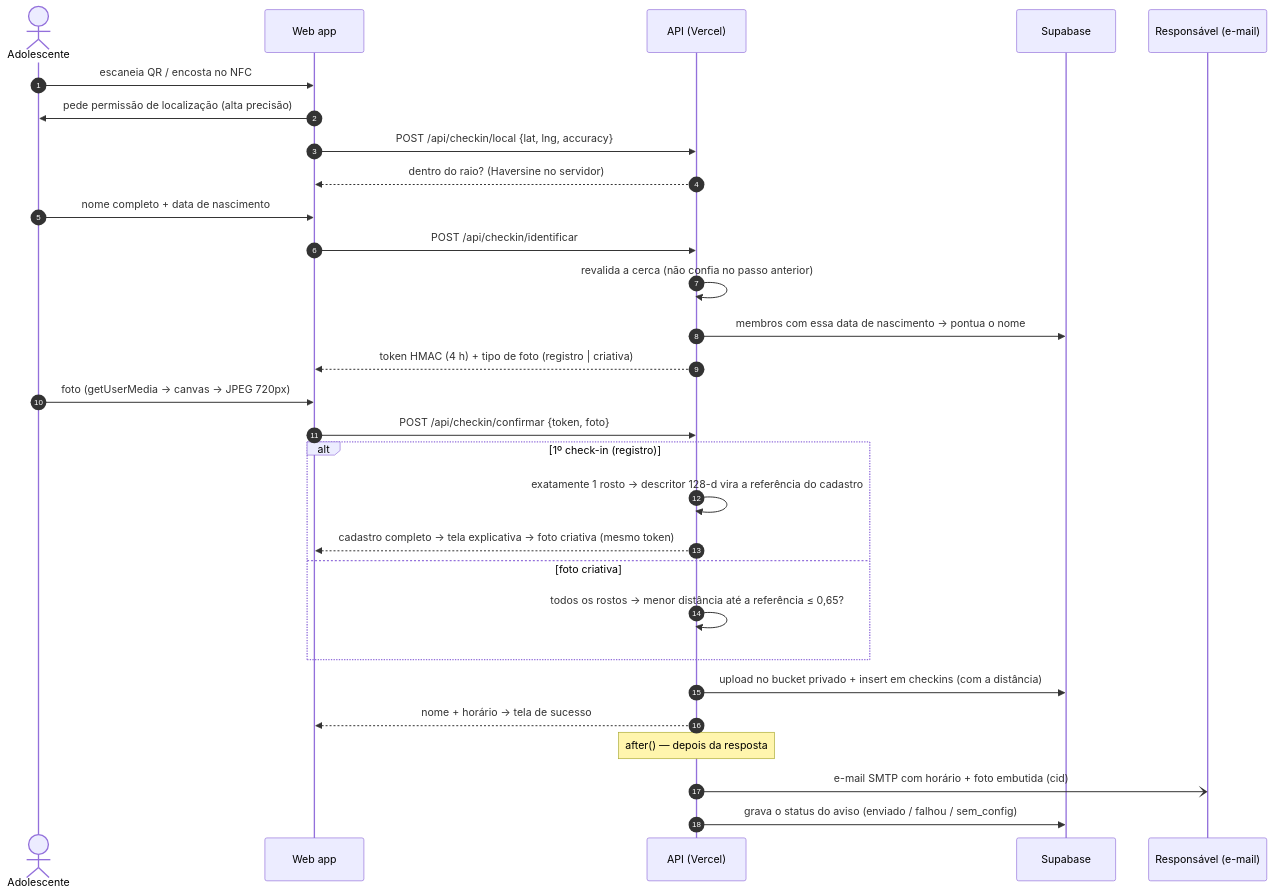
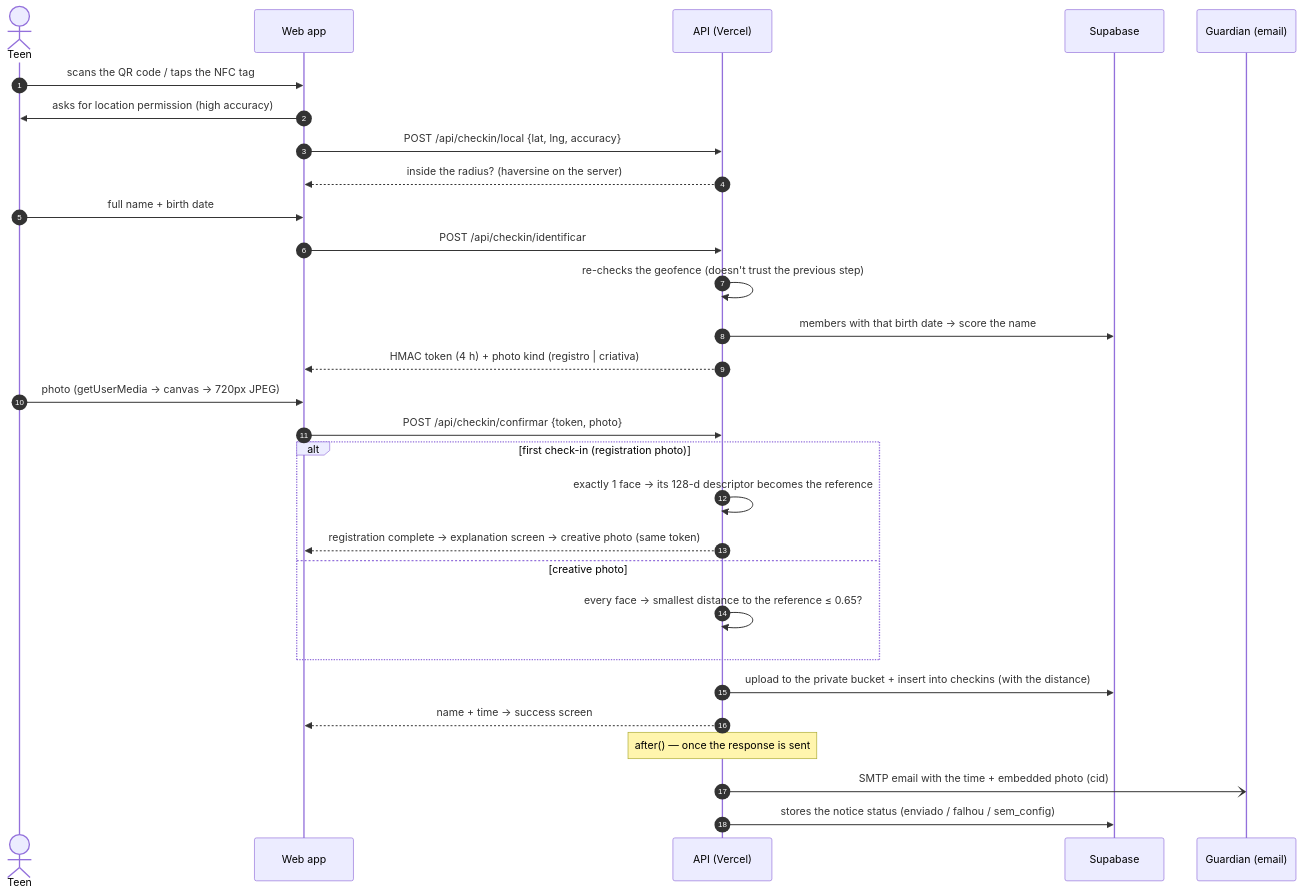
Before and after one commit to pedroeduardo36/flag-checkin: the second of 2 diagrams in README.md, drawn with Mermaid. The commit also changed other lines of this file and 93 other files, not shown here.

````diff
--- a/README.md
+++ b/README.md
@@ -134,32 +139,32 @@
 ```mermaid
 sequenceDiagram
   autonumber
-  actor A as Adolescente
+  actor T as Teen
   participant W as Web app
   participant S as API (Vercel)
   participant D as Supabase
-  participant R as Responsável (e-mail)
+  participant G as Guardian (email)
 
-  A->>W: escaneia QR / encosta no NFC
-  W->>A: pede permissão de localização (alta precisão)
+  T->>W: scans the QR code / taps the NFC tag
+  W->>T: asks for location permission (high accuracy)
   W->>S: POST /api/checkin/local {lat, lng, accuracy}
-  S-->>W: dentro do raio? (Haversine no servidor)
-  A->>W: nome completo + data de nascimento
+  S-->>W: inside the radius? (haversine on the server)
+  T->>W: full name + birth date
   W->>S: POST /api/checkin/identificar
-  S->>S: revalida a cerca (não confia no passo anterior)
-  S->>D: membros com essa data de nascimento → pontua o nome
-  S-->>W: token HMAC (4 h) + tipo de foto (registro | criativa)
-  A->>W: foto (getUserMedia → canvas → JPEG 720px)
-  W->>S: POST /api/checkin/confirmar {token, foto}
-  alt 1º check-in (registro)
-    S->>S: exatamente 1 rosto → descritor 128-d vira a referência do cadastro
-    S-->>W: cadastro completo → tela explicativa → foto criativa (mesmo token)
-  else foto criativa
-    S->>S: todos os rostos → menor distância até a referência ≤ 0,65?
+  S->>S: re-checks the geofence (doesn't trust the previous step)
+  S->>D: members with that birth date → score the name
+  S-->>W: HMAC token (4 h) + photo kind (registro | criativa)
+  T->>W: photo (getUserMedia → canvas → 720px JPEG)
+  W->>S: POST /api/checkin/confirmar {token, photo}
+  alt first check-in (registration photo)
+    S->>S: exactly 1 face → its 128-d descriptor becomes the reference
+    S-->>W: registration complete → explanation screen → creative photo (same token)
+  else creative photo
+    S->>S: every face → smallest distance to the reference ≤ 0.65?
   end
-  S->>D: upload no bucket privado + insert em checkins (com a distância)
-  S-->>W: nome + horário → tela de sucesso
-  Note over S: after() — depois da resposta
-  S-)R: e-mail SMTP com horário + foto embutida (cid)
-  S->>D: grava o status do aviso (enviado / falhou / sem_config)
+  S->>D: upload to the private bucket + insert into checkins (with the distance)
+  S-->>W: name + time → success screen
+  Note over S: after() — once the response is sent
+  S-)G: SMTP email with the time + embedded photo (cid)
+  S->>D: stores the notice status (enviado / falhou / sem_config)
 ```
````
